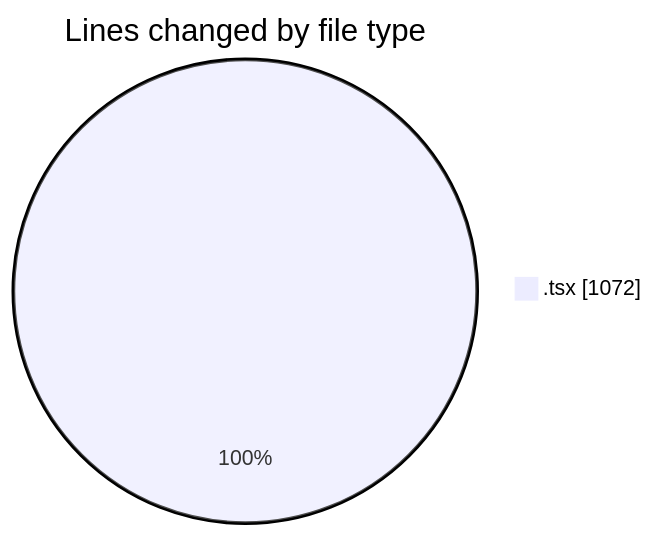
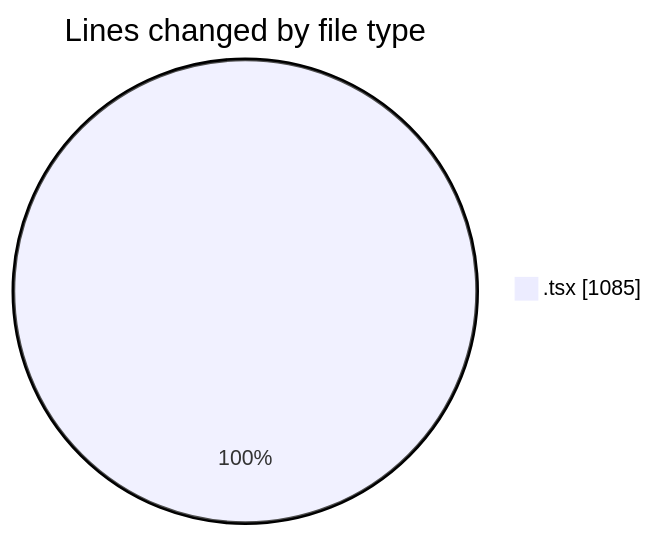
The first of 2 diagrams in 2026-06-12/nxtqube_webapp/README.md (nxtqubesakshisongat/code-tracking), drawn with Mermaid before and after one commit. The commit also changed other lines of this file and 1 other file, not shown here.

````diff
--- a/2026-06-12/nxtqube_webapp/README.md
+++ b/2026-06-12/nxtqube_webapp/README.md
@@ -22,5 +22,5 @@
 ```mermaid
 pie showData
 title Lines changed by file type
-".tsx" : 1072
+".tsx" : 1085
 ```
````
